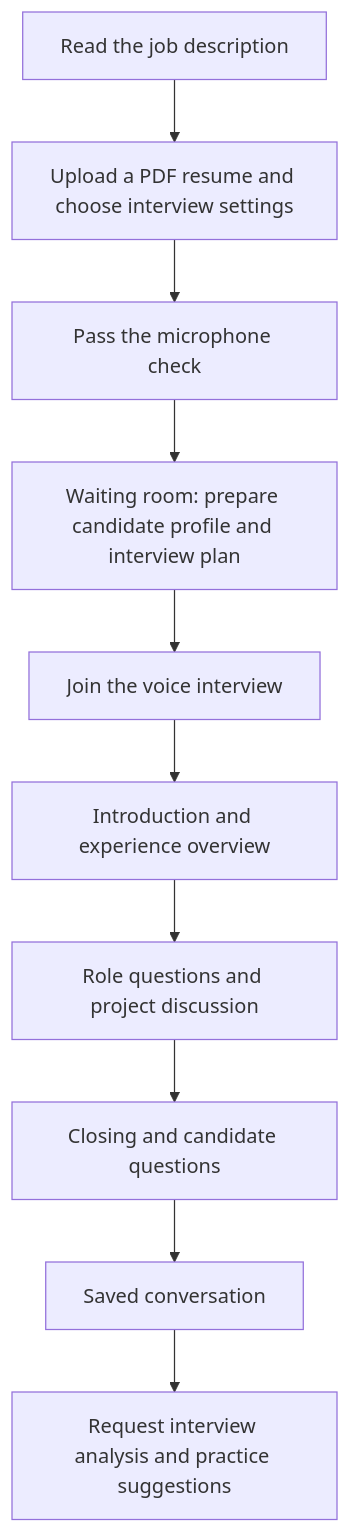
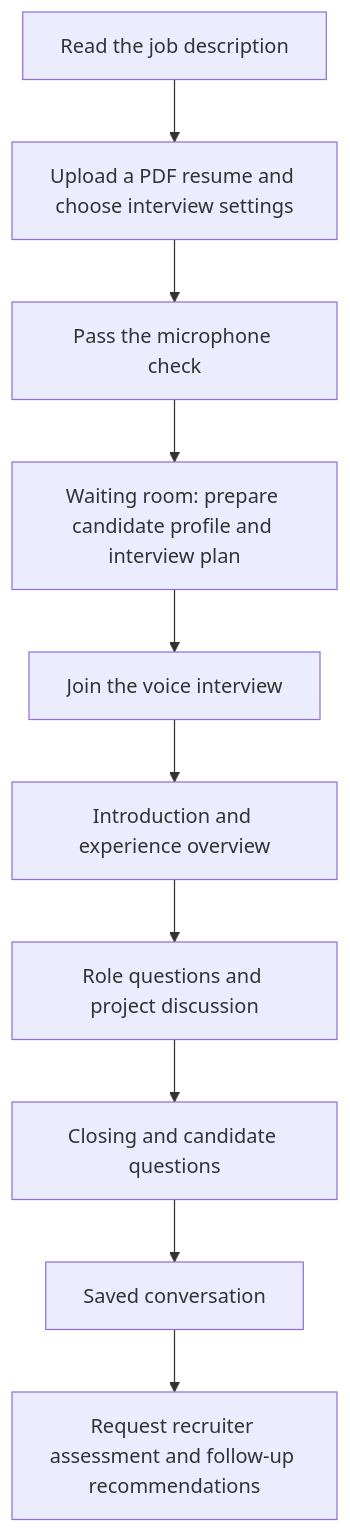
One commit to HarshitR2004/ai-interviewer changed the first of 3 diagrams in README.md. Above: the diagram before and after it, drawn with Mermaid. The commit also changed other lines of this file and 5 other files, not shown here.

````diff
--- a/README.md
+++ b/README.md
@@ -7,12 +7,12 @@
 ```mermaid
 flowchart TD
     A[Read the job description] --> B[Upload a PDF resume and choose interview settings]
     B --> C[Pass the microphone check]
     C --> D[Waiting room: prepare candidate profile and interview plan]
     D --> E[Join the voice interview]
     E --> F[Introduction and experience overview]
     F --> G[Role questions and project discussion]
     G --> H[Closing and candidate questions]
     H --> I[Saved conversation]
-    I --> J[Request interview analysis and practice suggestions]
+    I --> J[Request recruiter assessment and follow-up recommendations]
 ```
````
